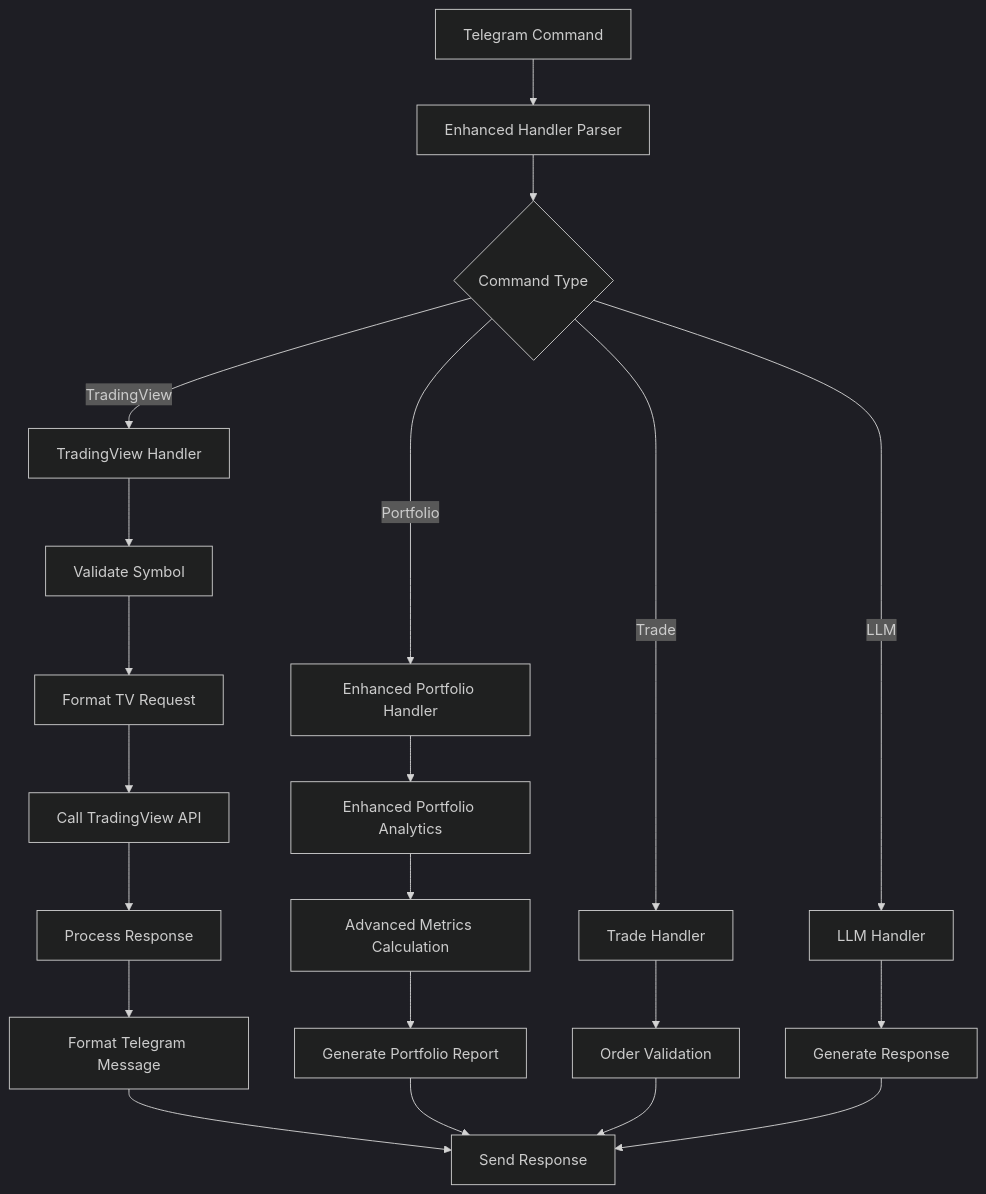
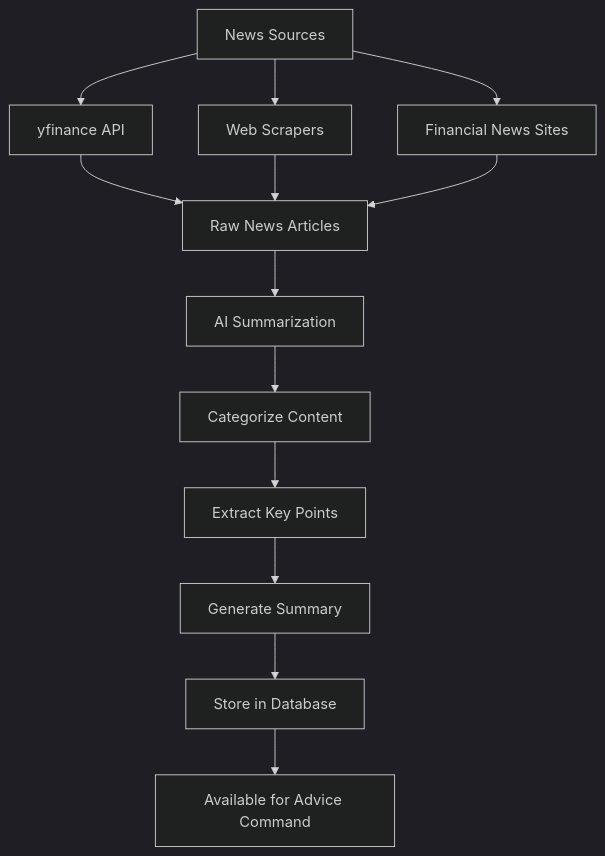
The seventh of 9 diagrams in .qoder/repowiki/en/content/Core Components/Stock Trading Bot.md (ZengSeng/telegram-bot), drawn with Mermaid (dark theme) before and after one commit. The commit also changed other lines of this file and 8 other files, not shown here.

````diff
--- a/.qoder/repowiki/en/content/Core Components/Stock Trading Bot.md
+++ b/.qoder/repowiki/en/content/Core Components/Stock Trading Bot.md
@@ -682,23 +570,15 @@
 ```mermaid
 flowchart TD
-A[Telegram Command] --> B[Enhanced Handler Parser]
-B --> C{Command Type}
-C --> |TradingView| D[TradingView Handler]
-C --> |Portfolio| E[Enhanced Portfolio Handler]
-C --> |Trade| F[Trade Handler]
-C --> |LLM| G[LLM Handler]
-D --> H[Validate Symbol]
-H --> I[Format TV Request]
-I --> J[Call TradingView API]
-J --> K[Process Response]
-K --> L[Format Telegram Message]
-L --> M[Send Response]
-E --> N[Enhanced Portfolio Analytics]
-N --> O[Advanced Metrics Calculation]
-O --> P[Generate Portfolio Report]
-P --> M
-F --> Q[Order Validation]
-G --> R[Generate Response]
-Q --> M
-R --> M
+A[News Sources] --> B[yfinance API]
+A --> C[Web Scrapers]
+A --> D[Financial News Sites]
+B --> E[Raw News Articles]
+C --> E
+D --> E
+E --> F[AI Summarization]
+F --> G[Categorize Content]
+G --> H[Extract Key Points]
+H --> I[Generate Summary]
+I --> J[Store in Database]
+J --> K[Available for Advice Command]
 ```
````
